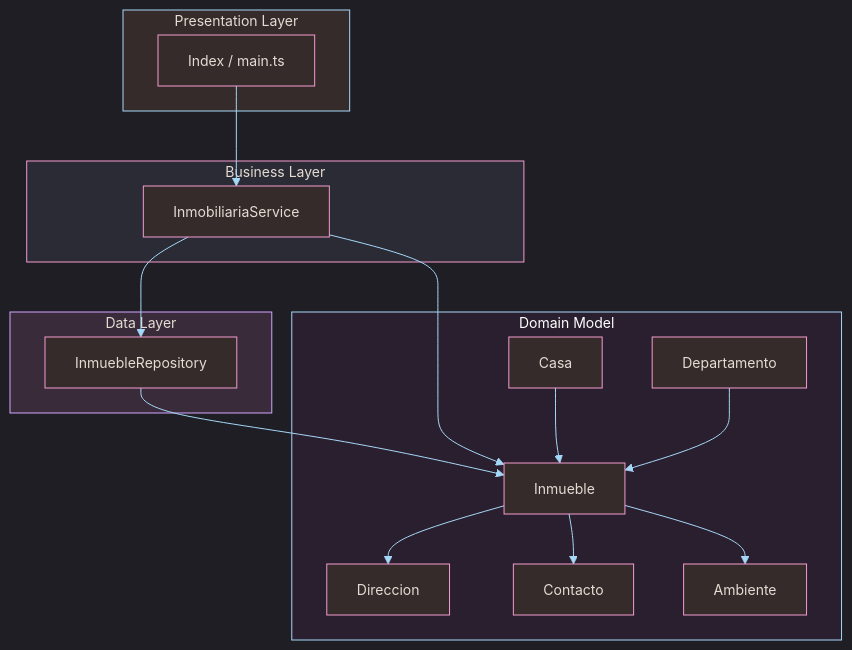
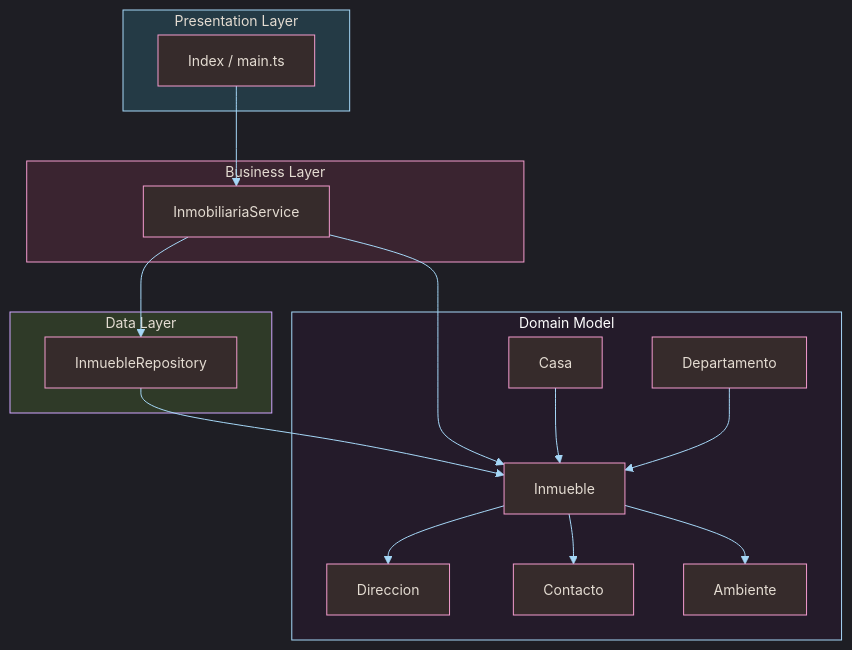
One commit to Elianayc/Typescript changed the diagram in bootsrap/src/Ejercicios POO/18_inmobiliaria_capas/arq_capas.mmd. Above: the diagram before and after it, drawn with Mermaid.

```diff
--- a/bootsrap/src/Ejercicios POO/18_inmobiliaria_capas/arq_capas.mmd
+++ b/bootsrap/src/Ejercicios POO/18_inmobiliaria_capas/arq_capas.mmd
@@ -1,58 +1,58 @@
 %%{init: { 
     'theme': 'dark', 
     'themeVariables': { 
         'background': '#121212', 
         'lineColor': '#a5d7f7', 
         'fontFamily': 'Cascadia Code, Fira Code, Consolas, Courier New, monospace', 
         'fontSize': '14px' 
     }
 } }%%
 
 flowchart TD
 
 %% PRESENTATION
 subgraph P[Presentation Layer]
     Index[Index / main.ts]
 end
 
 
 %% BUSINESS
 subgraph B[Business Layer]
     Service[InmobiliariaService]
 end
 
 %% DATA
 subgraph D[Data Layer]
     Repo[InmuebleRepository]
 end
 
 %% DOMAIN
 subgraph M[Domain Model]
     Inmueble
     Casa
     Departamento
     Direccion
     Contacto
     Ambiente
 end
 
 %% FLUJO
 Index --> Service
 Service --> Repo
 
 Repo --> Inmueble
 Service --> Inmueble
 
 Casa --> Inmueble
 Departamento --> Inmueble
 Inmueble --> Direccion
 Inmueble --> Contacto
 Inmueble --> Ambiente
 
 %% ESTILO
-style P fill:#362b2b,stroke:#a5d7f7,color:#e4dcd2
-style B fill:#2b2b36,stroke:#f39bce,color:#e4dcd2
-style D fill:#3a2b3a,stroke:#d0a6ff,color:#e4dcd2
-style M fill:#2a1f2f,stroke:#a5d7f7,color:#ffffff
+style P fill:#243a45,stroke:#a5d7f7,color:#e4dcd2
+style B fill:#3a2430,stroke:#f39bce,color:#e4dcd2
+style D fill:#2f3a28,stroke:#d0a6ff,color:#e4dcd2
+style M fill:#241b2a,stroke:#a5d7f7,color:#ffffff
 
 classDef default fill:#362b2b,stroke:#f39bce,color:#e4dcd2
```
